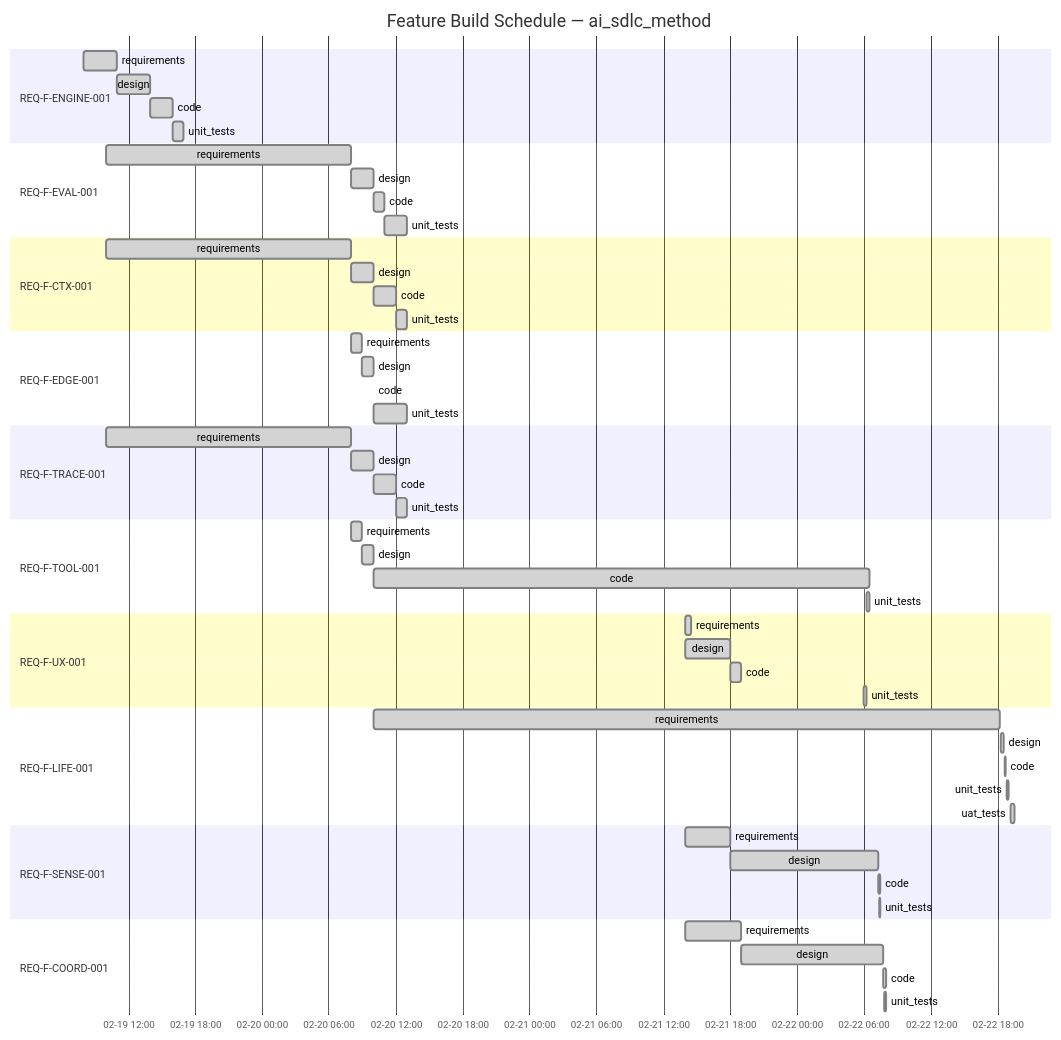
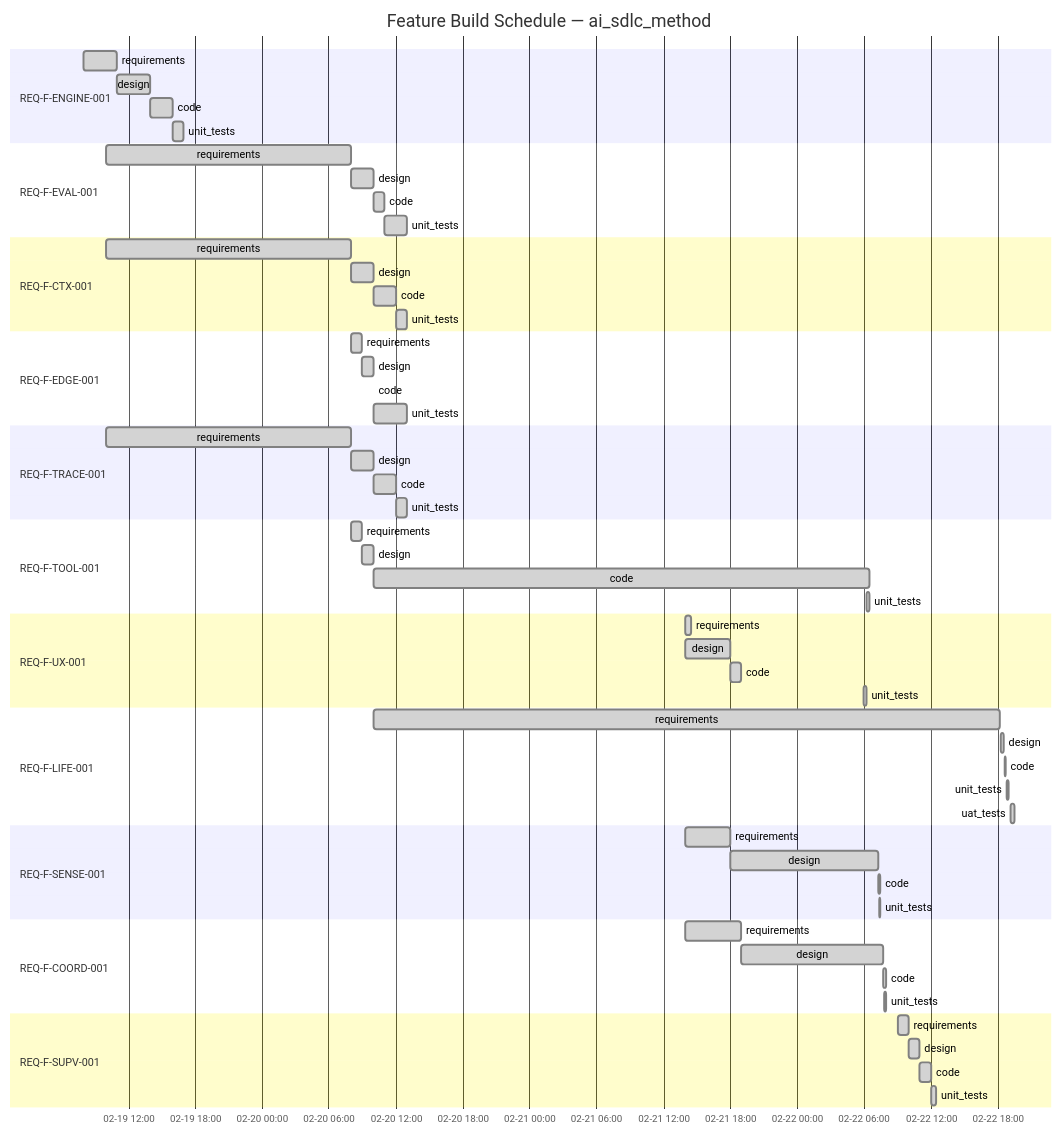
Before and after one commit to foolishimp/ai_sdlc_method: the diagram in .ai-workspace/STATUS.md, drawn with Mermaid. The commit also changed other lines of this file and 44 other files, not shown here.

````diff
--- a/.ai-workspace/STATUS.md
+++ b/.ai-workspace/STATUS.md
@@ -12,67 +39,73 @@
 ```mermaid
 gantt
     title Feature Build Schedule — ai_sdlc_method
     dateFormat YYYY-MM-DD HH:mm
     axisFormat %m-%d %H:%M
 
     section REQ-F-ENGINE-001
     requirements     :done, eng-req, 2026-02-19 08:00, 2026-02-19 11:00
     design           :done, eng-des, 2026-02-19 11:00, 2026-02-19 14:00
     code             :done, eng-cod, 2026-02-19 14:00, 2026-02-19 16:00
     unit_tests       :done, eng-tst, 2026-02-19 16:00, 2026-02-19 17:00
 
     section REQ-F-EVAL-001
     requirements     :done, eval-req, 2026-02-19 10:00, 2026-02-20 08:00
     design           :done, eval-des, 2026-02-20 08:00, 2026-02-20 10:00
     code             :done, eval-cod, 2026-02-20 10:00, 2026-02-20 11:00
     unit_tests       :done, eval-tst, 2026-02-20 11:00, 2026-02-20 13:00
 
     section REQ-F-CTX-001
     requirements     :done, ctx-req, 2026-02-19 10:00, 2026-02-20 08:00
     design           :done, ctx-des, 2026-02-20 08:00, 2026-02-20 10:00
     code             :done, ctx-cod, 2026-02-20 10:00, 2026-02-20 12:00
     unit_tests       :done, ctx-tst, 2026-02-20 12:00, 2026-02-20 13:00
 
     section REQ-F-EDGE-001
     requirements     :done, edge-req, 2026-02-20 08:00, 2026-02-20 09:00
     design           :done, edge-des, 2026-02-20 09:00, 2026-02-20 10:00
     code             :done, edge-cod, 2026-02-20 10:00, 2026-02-20 10:00
     unit_tests       :done, edge-tst, 2026-02-20 10:00, 2026-02-20 13:00
 
     section REQ-F-TRACE-001
     requirements     :done, trc-req, 2026-02-19 10:00, 2026-02-20 08:00
     design           :done, trc-des, 2026-02-20 08:00, 2026-02-20 10:00
     code             :done, trc-cod, 2026-02-20 10:00, 2026-02-20 12:00
     unit_tests       :done, trc-tst, 2026-02-20 12:00, 2026-02-20 13:00
 
     section REQ-F-TOOL-001
     requirements     :done, tool-req, 2026-02-20 08:00, 2026-02-20 09:00
     design           :done, tool-des, 2026-02-20 09:00, 2026-02-20 10:00
     code             :done, tool-cod, 2026-02-20 10:00, 2026-02-22 06:30
     unit_tests       :done, tool-tst, 2026-02-22 06:15, 2026-02-22 06:30
 
     section REQ-F-UX-001
     requirements     :done, ux-req, 2026-02-21 14:00, 2026-02-21 14:30
     design           :done, ux-des, 2026-02-21 14:00, 2026-02-21 18:00
     code             :done, ux-cod, 2026-02-21 18:00, 2026-02-21 19:00
     unit_tests       :done, ux-tst, 2026-02-22 06:00, 2026-02-22 06:15
 
     section REQ-F-LIFE-001
     requirements     :done, life-req, 2026-02-20 10:00, 2026-02-22 18:10
     design           :done, life-des, 2026-02-22 18:15, 2026-02-22 18:30
     code             :done, life-cod, 2026-02-22 18:35, 2026-02-22 18:45
     unit_tests       :done, life-tst, 2026-02-22 18:50, 2026-02-22 19:00
     uat_tests        :done, life-uat, 2026-02-22 19:10, 2026-02-22 19:30
 
     section REQ-F-SENSE-001
     requirements     :done, sense-req, 2026-02-21 14:00, 2026-02-21 18:00
     design           :done, sense-des, 2026-02-21 18:00, 2026-02-22 07:15
     code             :done, sense-cod, 2026-02-22 07:15, 2026-02-22 07:30
     unit_tests       :done, sense-tst, 2026-02-22 07:20, 2026-02-22 07:30
 
     section REQ-F-COORD-001
     requirements     :done, coord-req, 2026-02-21 14:00, 2026-02-21 19:00
     design           :done, coord-des, 2026-02-21 19:00, 2026-02-22 07:45
     code             :done, coord-cod, 2026-02-22 07:45, 2026-02-22 08:00
     unit_tests       :done, coord-tst, 2026-02-22 07:50, 2026-02-22 08:00
+
+    section REQ-F-SUPV-001
+    requirements     :done, supv-req, 2026-02-22 09:00, 2026-02-22 10:00
+    design           :done, supv-des, 2026-02-22 10:00, 2026-02-22 11:00
+    code             :done, supv-cod, 2026-02-22 11:00, 2026-02-22 12:00
+    unit_tests       :done, supv-tst, 2026-02-22 12:00, 2026-02-22 12:30
 ```
````
